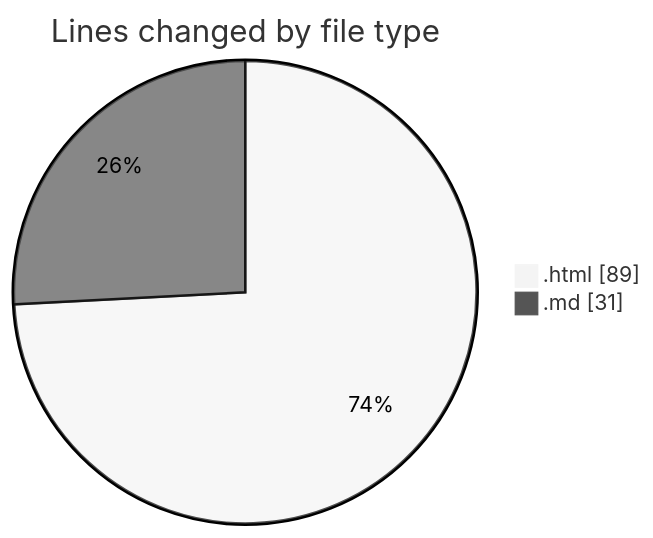
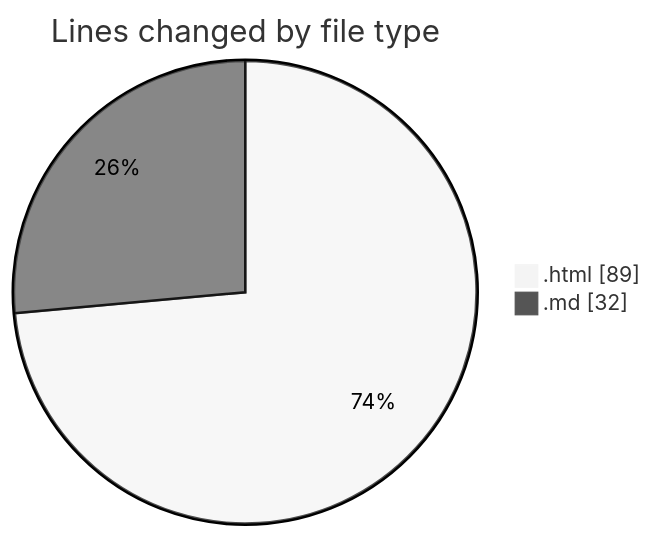
One commit to Ritupan-Deka/code-tracking changed the first of 2 diagrams in 2025-07-04/urlwebwala_intership_work/README.md. Above: the diagram before and after it, drawn with Mermaid (neutral theme). The commit also changed other lines of this file and 1 other file, not shown here.

````diff
--- a/2025-07-04/urlwebwala_intership_work/README.md
+++ b/2025-07-04/urlwebwala_intership_work/README.md
@@ -21,6 +21,6 @@
 ```mermaid
 pie showData
 title Lines changed by file type
 ".html" : 89
-".md" : 31
+".md" : 32
 ```
````
